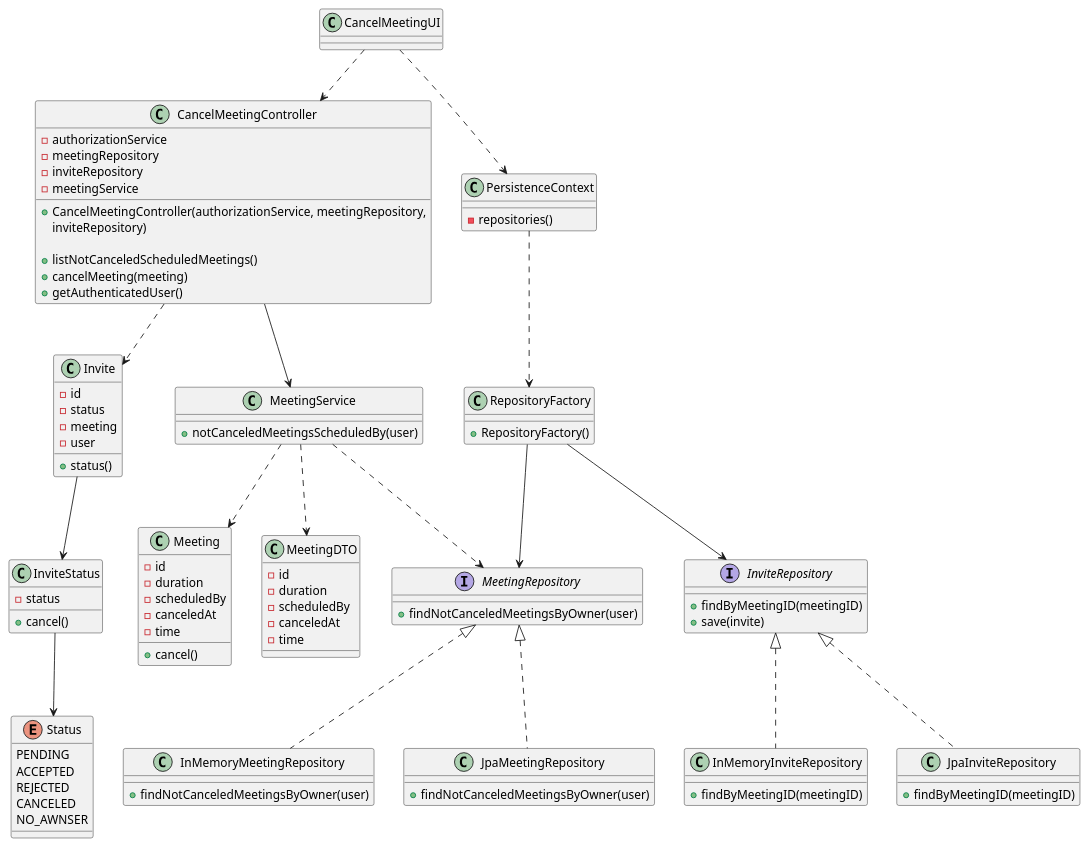
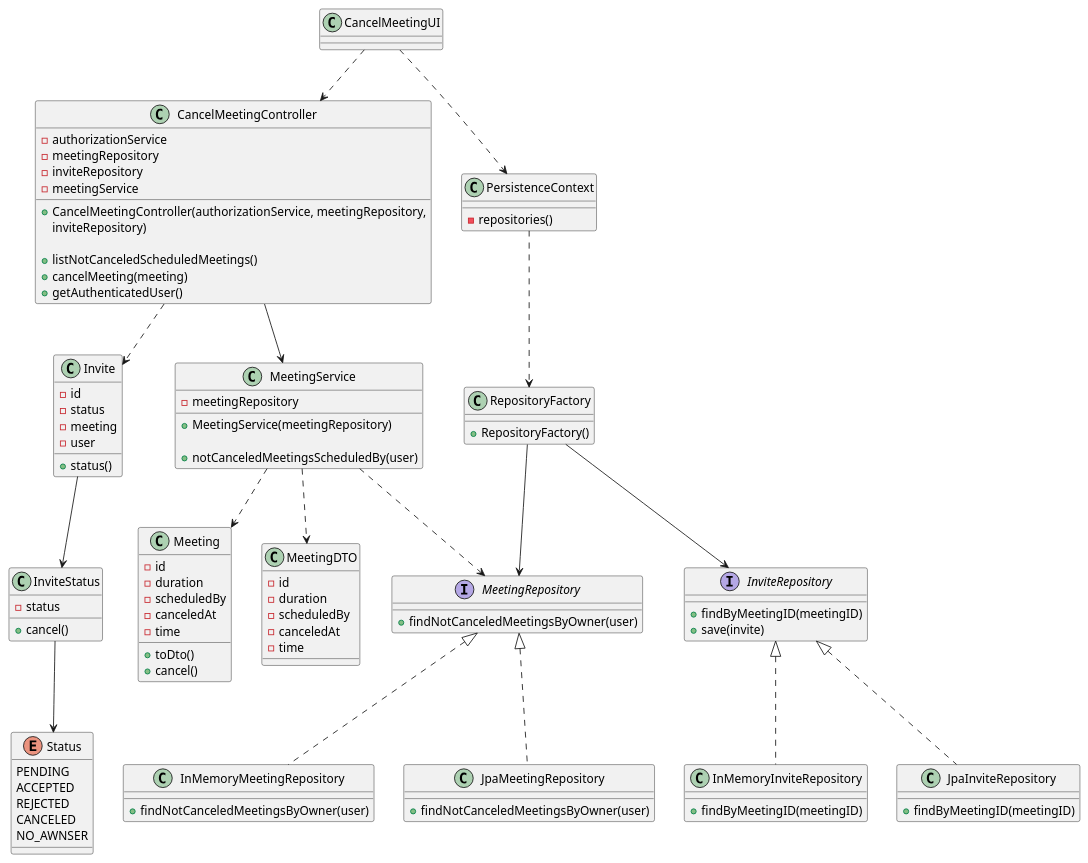
The diagram in docs/sprint-c/us40-4002/US4002_CD.puml (miseEnPlace-dev/lapr4), drawn with PlantUML before and after one commit. The commit also changed 6 other files, not shown here.

```diff
--- a/docs/sprint-c/us40-4002/US4002_CD.puml
+++ b/docs/sprint-c/us40-4002/US4002_CD.puml
@@ -1,128 +1,133 @@
 @startuml US4002_CD
 
 class CancelMeetingUI {
 
 }
 
 class CancelMeetingController {
 - authorizationService
 - meetingRepository
 - inviteRepository
 - meetingService
 
 + CancelMeetingController(authorizationService, meetingRepository,
 inviteRepository)
 
 + listNotCanceledScheduledMeetings()
 + cancelMeeting(meeting)
 + getAuthenticatedUser()
 }
 
 
 class Meeting {
 - id
 - duration
 - scheduledBy
 - canceledAt
 - time
 
++ toDto()
 + cancel()
 }
 
 class MeetingDTO {
 - id
 - duration
 - scheduledBy
 - canceledAt
 - time
 }
 
 class Invite {
 - id
 - status
 - meeting
 - user
 
 + status()
 }
 
 class InviteStatus {
 - status
 
 + cancel()
 }
 
 enum Status {
 PENDING
 ACCEPTED
 REJECTED
 CANCELED
 NO_AWNSER
 }
 
 
 
 class MeetingService {
+- meetingRepository
+
++ MeetingService(meetingRepository)
+
 + notCanceledMeetingsScheduledBy(user)
 }
 
 interface MeetingRepository {
 + findNotCanceledMeetingsByOwner(user)
 }
 
 class InMemoryMeetingRepository {
 + findNotCanceledMeetingsByOwner(user)
 }
 
 class JpaMeetingRepository {
 + findNotCanceledMeetingsByOwner(user)
 }
 
 interface InviteRepository {
 + findByMeetingID(meetingID)
 + save(invite)
 }
 
 class InMemoryInviteRepository {
 + findByMeetingID(meetingID)
 }
 
 class JpaInviteRepository {
 + findByMeetingID(meetingID)
 }
 
 class RepositoryFactory {
   + RepositoryFactory()
 }
 
 
 class PersistenceContext {
   - repositories()
 }
 
 
 MeetingService ..> Meeting
 MeetingService ..> MeetingDTO
 MeetingService ..> MeetingRepository
 
 MeetingRepository <|.. InMemoryMeetingRepository
 MeetingRepository <|.. JpaMeetingRepository
 
 InviteRepository <|.. InMemoryInviteRepository
 InviteRepository <|.. JpaInviteRepository
 
 CancelMeetingController --> MeetingService
 CancelMeetingController ..> Invite
 
 Invite --> InviteStatus
 InviteStatus --> Status
 
 
 CancelMeetingUI ..> PersistenceContext
 PersistenceContext ..> RepositoryFactory
 RepositoryFactory --> MeetingRepository
 RepositoryFactory --> InviteRepository
 
 CancelMeetingUI ..> CancelMeetingController
 
 @enduml
```
